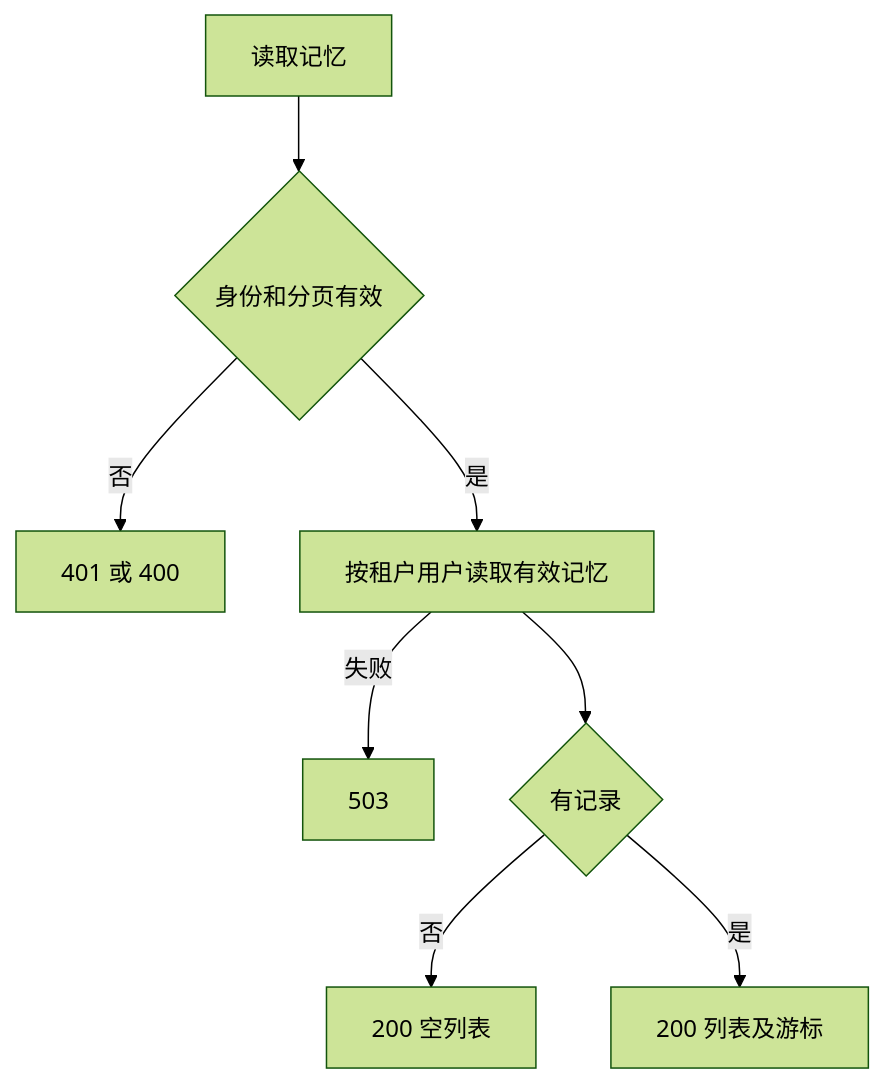
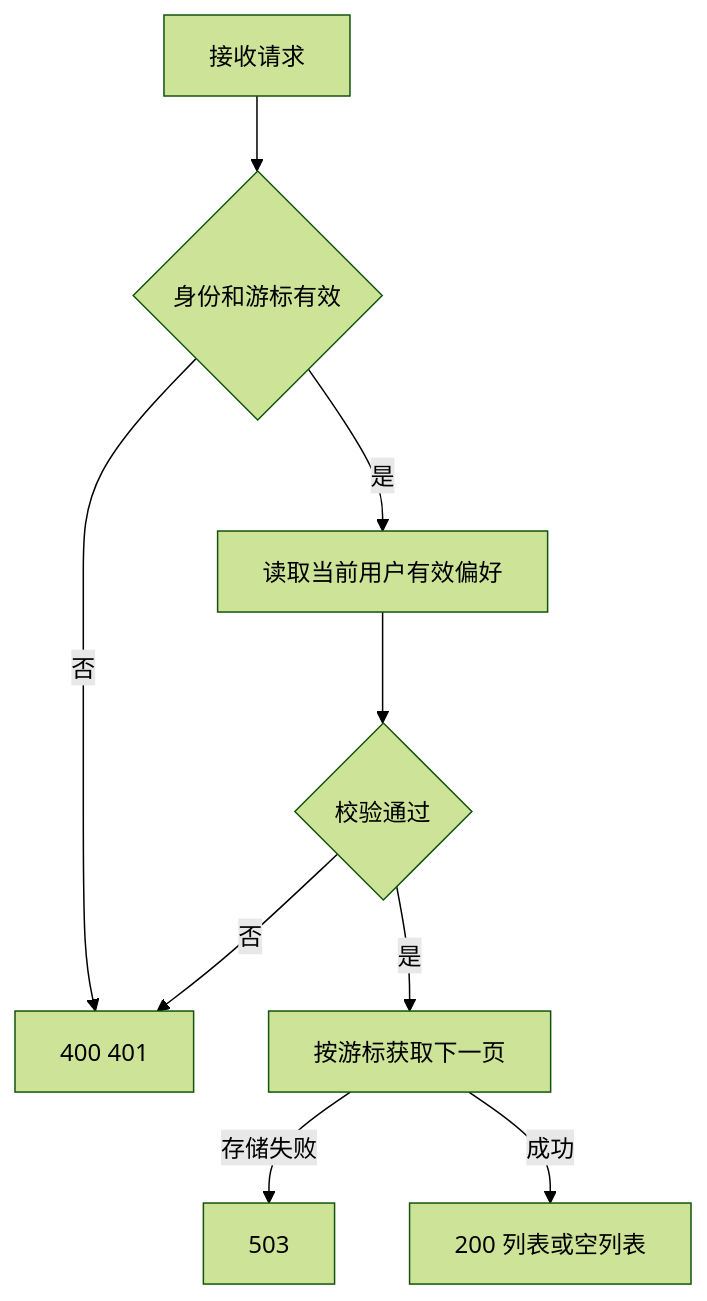
Before and after one commit to hj456992/agentscope-react-demo: the sixth of 8 diagrams in docs/技术方案.md, drawn with Mermaid (forest theme). The commit also changed other lines of this file and 134 other files, not shown here.

````diff
--- a/docs/技术方案.md
+++ b/docs/技术方案.md
@@ -194,10 +109,11 @@
 ```mermaid
 flowchart TD
-    A[读取记忆] --> B{身份和分页有效}
-    B -->|否| X[401 或 400]
-    B -->|是| C[按租户用户读取有效记忆]
-    C -->|失败| Z[503]
-    C --> D{有记录}
-    D -->|否| E[200 空列表]
-    D -->|是| F[200 列表及游标]
+    A[接收请求] --> B{身份和游标有效}
+    B -->|否| X[400 401]
+    B -->|是| C[读取当前用户有效偏好]
+    C --> D{校验通过}
+    D -->|否| X
+    D -->|是| E[按游标获取下一页]
+    E -->|存储失败| Z[503]
+    E -->|成功| F[200 列表或空列表]
 ```
````
